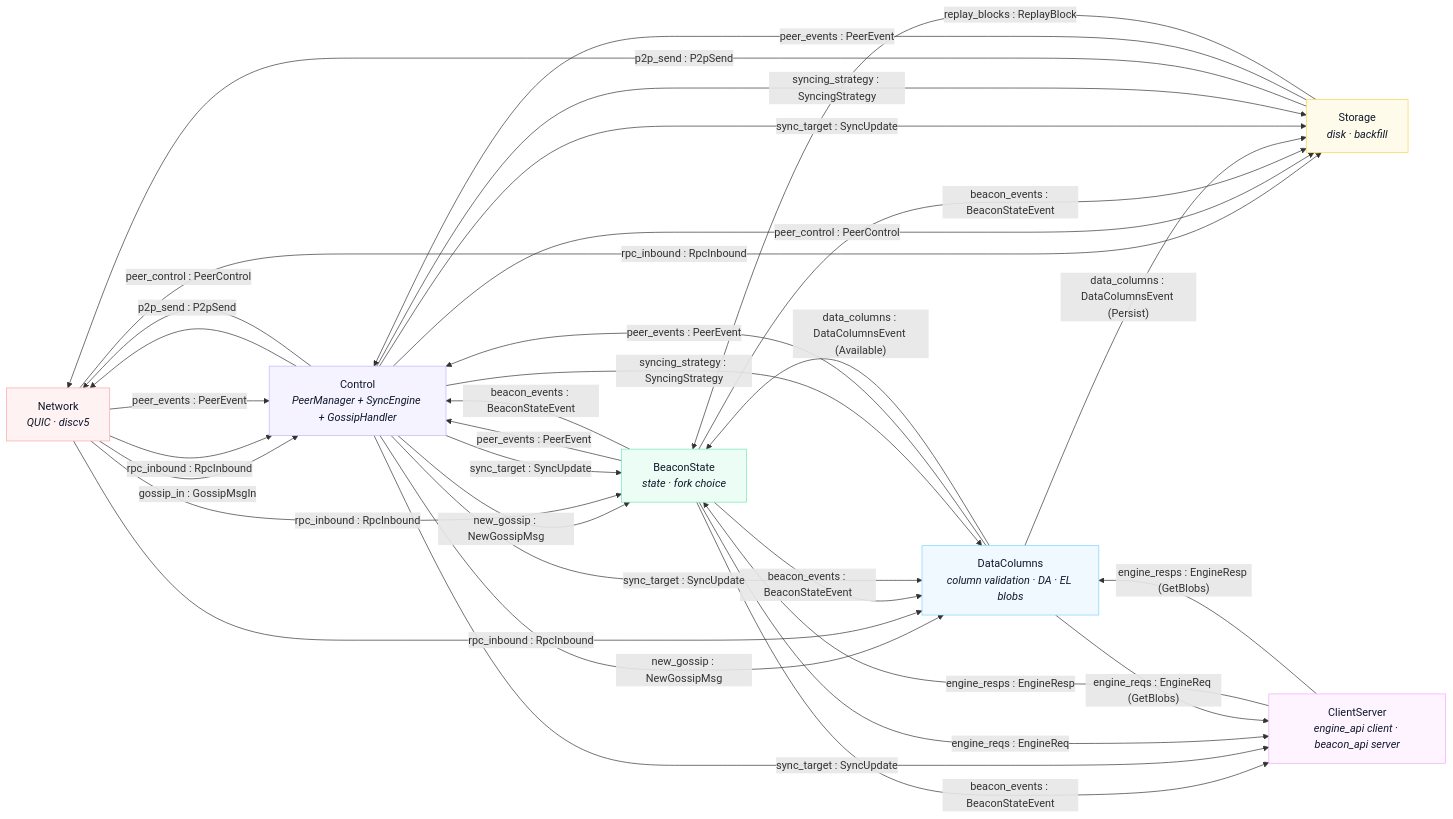
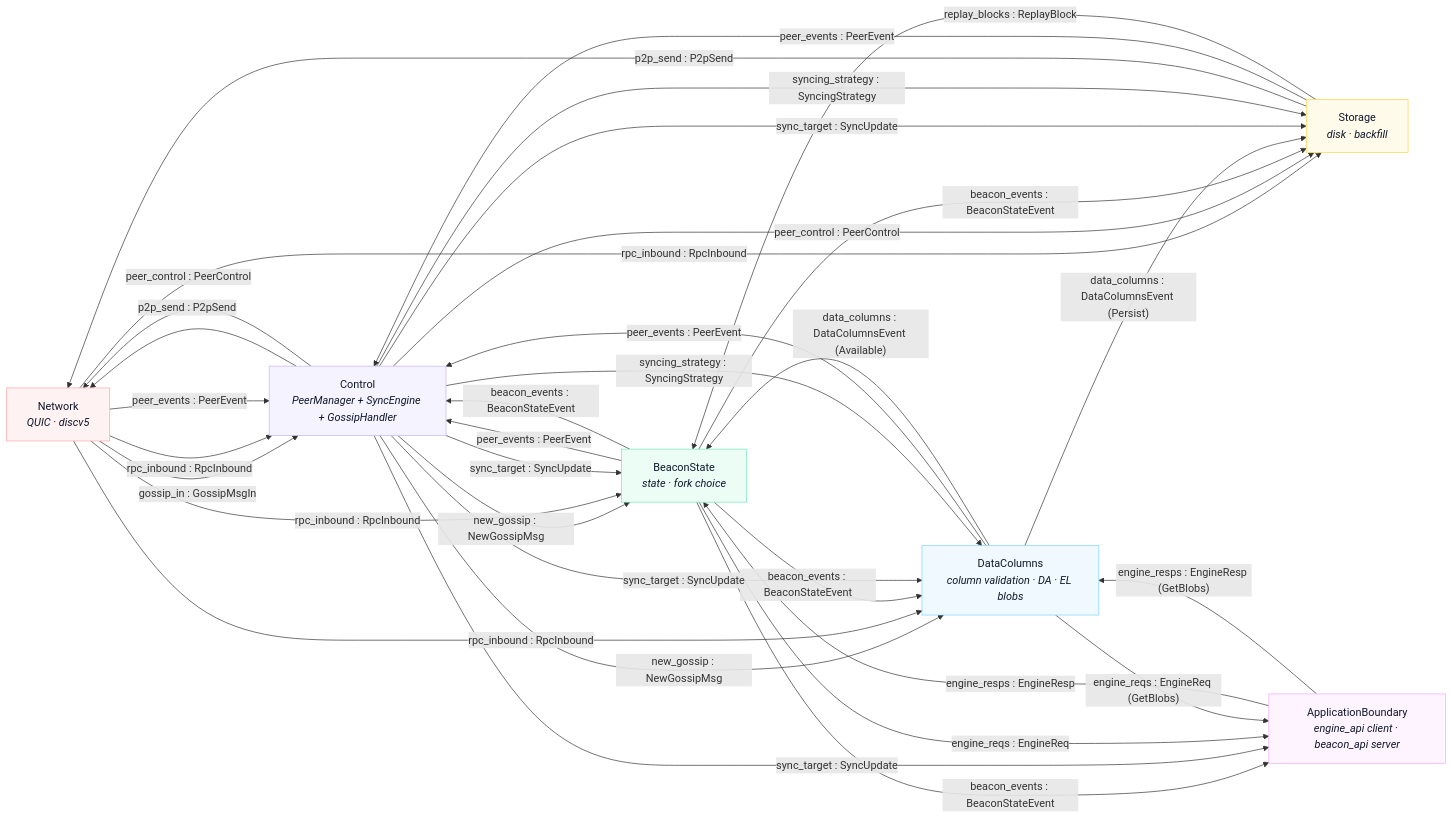
Before and after one commit to gattaca-com/silver: the diagram in docs/spine-message-flow.md, drawn with Mermaid. The commit also changed other lines of this file and 8 other files, not shown here.

Commit message:
Rename the client_server tile to application_boundary

````diff
--- a/docs/spine-message-flow.md
+++ b/docs/spine-message-flow.md
@@ -15,61 +15,61 @@
 ```mermaid
 flowchart LR
   NET["Network<br/><i>QUIC · discv5</i>"]
   CTL["Control<br/><i>PeerManager + SyncEngine + GossipHandler</i>"]
   BS["BeaconState<br/><i>state · fork choice</i>"]
   ST["Storage<br/><i>disk · backfill</i>"]
-  EN["ClientServer<br/><i>engine_api client · beacon_api server</i>"]
+  EN["ApplicationBoundary<br/><i>engine_api client · beacon_api server</i>"]
   DC["DataColumns<br/><i>column validation · DA · EL blobs</i>"]
 
   %% ---- inbound ----
   NET -->|gossip_in : GossipMsgIn| CTL
   CTL -->|new_gossip : NewGossipMsg| BS
   CTL -->|new_gossip : NewGossipMsg| DC
   NET -->|rpc_inbound : RpcInbound| CTL
   NET -->|rpc_inbound : RpcInbound| BS
   NET -->|rpc_inbound : RpcInbound| ST
   NET -->|rpc_inbound : RpcInbound| DC
 
   %% ---- outbound ----
   CTL -->|p2p_send : P2pSend| NET
   ST  -->|p2p_send : P2pSend| NET
 
   %% ---- peer management ----
   NET -->|peer_events : PeerEvent| CTL
   ST  -->|peer_events : PeerEvent| CTL
   BS  -->|peer_events : PeerEvent| CTL
   DC  -->|peer_events : PeerEvent| CTL
   CTL -->|peer_control : PeerControl| NET
   CTL -->|peer_control : PeerControl| ST
 
   %% ---- chain state & DA ----
   BS -->|beacon_events : BeaconStateEvent| CTL
   BS -->|beacon_events : BeaconStateEvent| ST
   BS -->|beacon_events : BeaconStateEvent| DC
   BS -->|beacon_events : BeaconStateEvent| EN
   DC -->|"data_columns : DataColumnsEvent (Available)"| BS
   DC -->|"data_columns : DataColumnsEvent (Persist)"| ST
   ST -->|replay_blocks : ReplayBlock| BS
 
   %% ---- sync control ----
   CTL -->|sync_target : SyncUpdate| BS
   CTL -->|sync_target : SyncUpdate| ST
   CTL -->|sync_target : SyncUpdate| DC
   CTL -->|sync_target : SyncUpdate| EN
   CTL -->|syncing_strategy : SyncingStrategy| ST
   CTL -->|syncing_strategy : SyncingStrategy| DC
 
   %% ---- engine / EL ----
   BS -->|engine_reqs : EngineReq| EN
   DC -->|"engine_reqs : EngineReq (GetBlobs)"| EN
   EN -->|engine_resps : EngineResp| BS
   EN -->|"engine_resps : EngineResp (GetBlobs)"| DC
 
   classDef net fill:#fef2f2,stroke:#fca5a5,color:#0f172a;
   classDef ctl fill:#f5f3ff,stroke:#c4b5fd,color:#0f172a;
   classDef bs  fill:#ecfdf5,stroke:#6ee7b7,color:#0f172a;
   classDef st  fill:#fffbeb,stroke:#fcd34d,color:#0f172a;
   classDef en  fill:#fdf4ff,stroke:#f0abfc,color:#0f172a;
   classDef dc  fill:#f0f9ff,stroke:#7dd3fc,color:#0f172a;
   class NET net; class CTL ctl; class BS bs; class ST st; class EN en; class DC dc;
 ```
````
